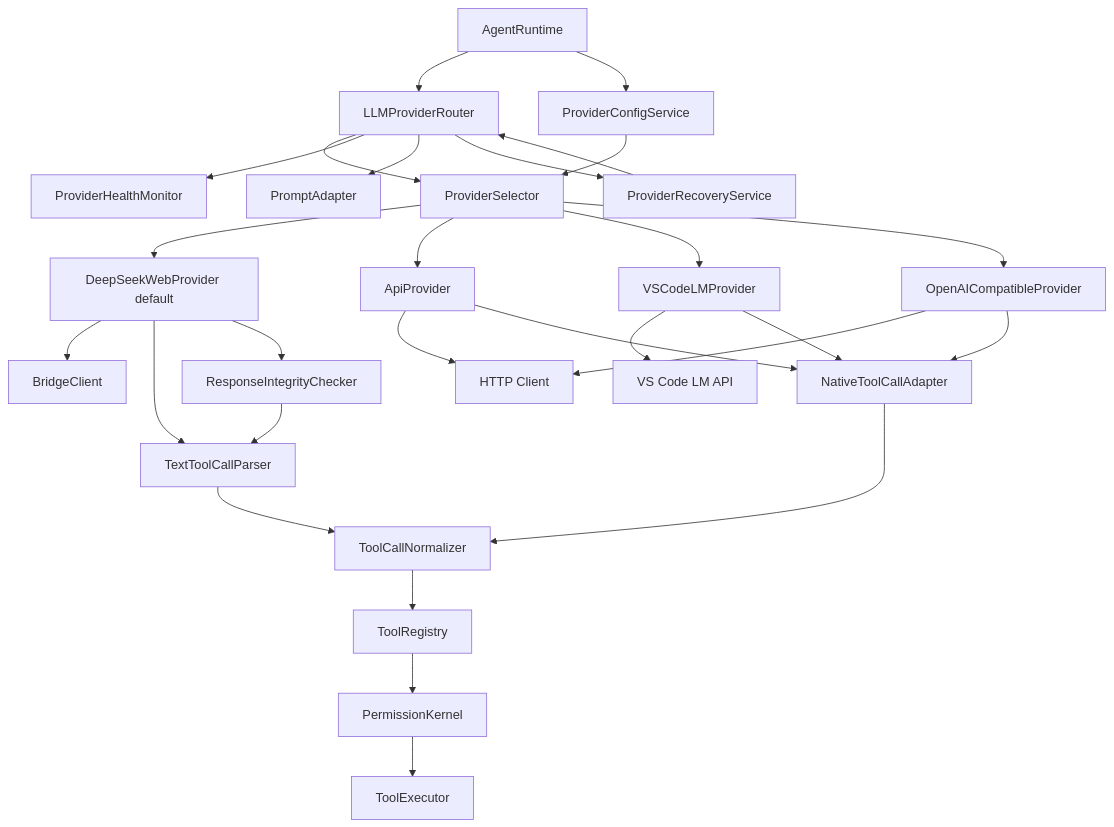
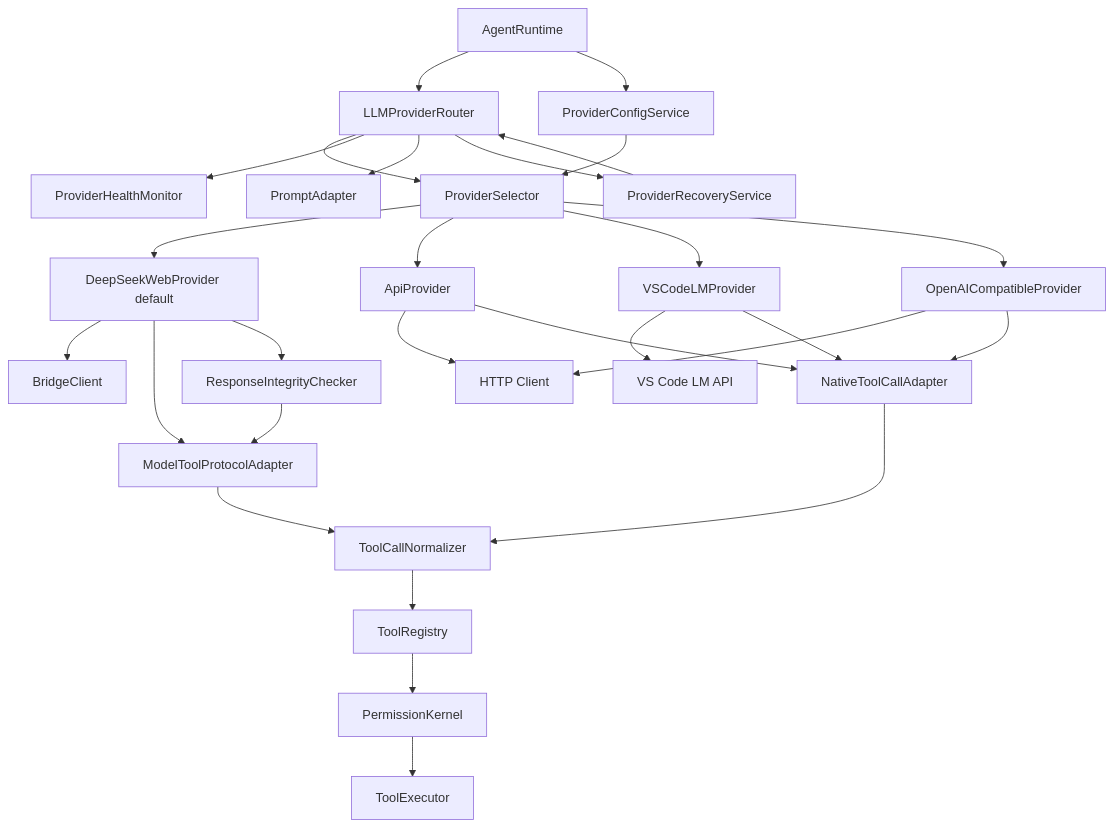
The first of 4 diagrams in docs/architecture/02-模型供应商与工具协议架构设计.md (FrankFdb/devseek), drawn with Mermaid before and after one commit. The commit also changed other lines of this file and 22 other files, not shown here.

Commit message:
fix(agent): normalize tool protocol loops

````diff
--- a/docs/architecture/02-模型供应商与工具协议架构设计.md
+++ b/docs/architecture/02-模型供应商与工具协议架构设计.md
@@ -81,34 +85,34 @@
 ```mermaid
 flowchart TB
   Runtime[AgentRuntime] --> Router[LLMProviderRouter]
   Runtime --> Config[ProviderConfigService]
   Router --> Selector[ProviderSelector]
   Router --> Health[ProviderHealthMonitor]
   Router --> Adapter[PromptAdapter]
   Router --> Recovery[ProviderRecoveryService]
 
   Config --> Selector
   Selector --> WebProvider[DeepSeekWebProvider default]
   Selector --> ApiProvider[ApiProvider]
   Selector --> VSCodeProvider[VSCodeLMProvider]
   Selector --> CompatibleProvider[OpenAICompatibleProvider]
 
   WebProvider --> Bridge[BridgeClient]
   ApiProvider --> Http[HTTP Client]
   VSCodeProvider --> VSCodeLM[VS Code LM API]
   CompatibleProvider --> Http
 
-  WebProvider --> TextParser[TextToolCallParser]
+  WebProvider --> ProtocolAdapter[ModelToolProtocolAdapter]
   WebProvider --> Integrity[ResponseIntegrityChecker]
   ApiProvider --> NativeTools[NativeToolCallAdapter]
   VSCodeProvider --> NativeTools
   CompatibleProvider --> NativeTools
 
-  Integrity --> TextParser
-  TextParser --> Normalizer[ToolCallNormalizer]
+  Integrity --> ProtocolAdapter
+  ProtocolAdapter --> Normalizer[ToolCallNormalizer]
   NativeTools --> Normalizer
   Normalizer --> Registry[ToolRegistry]
   Registry --> Permission[PermissionKernel]
   Permission --> Executor[ToolExecutor]
   Recovery --> Router
 ```
````
